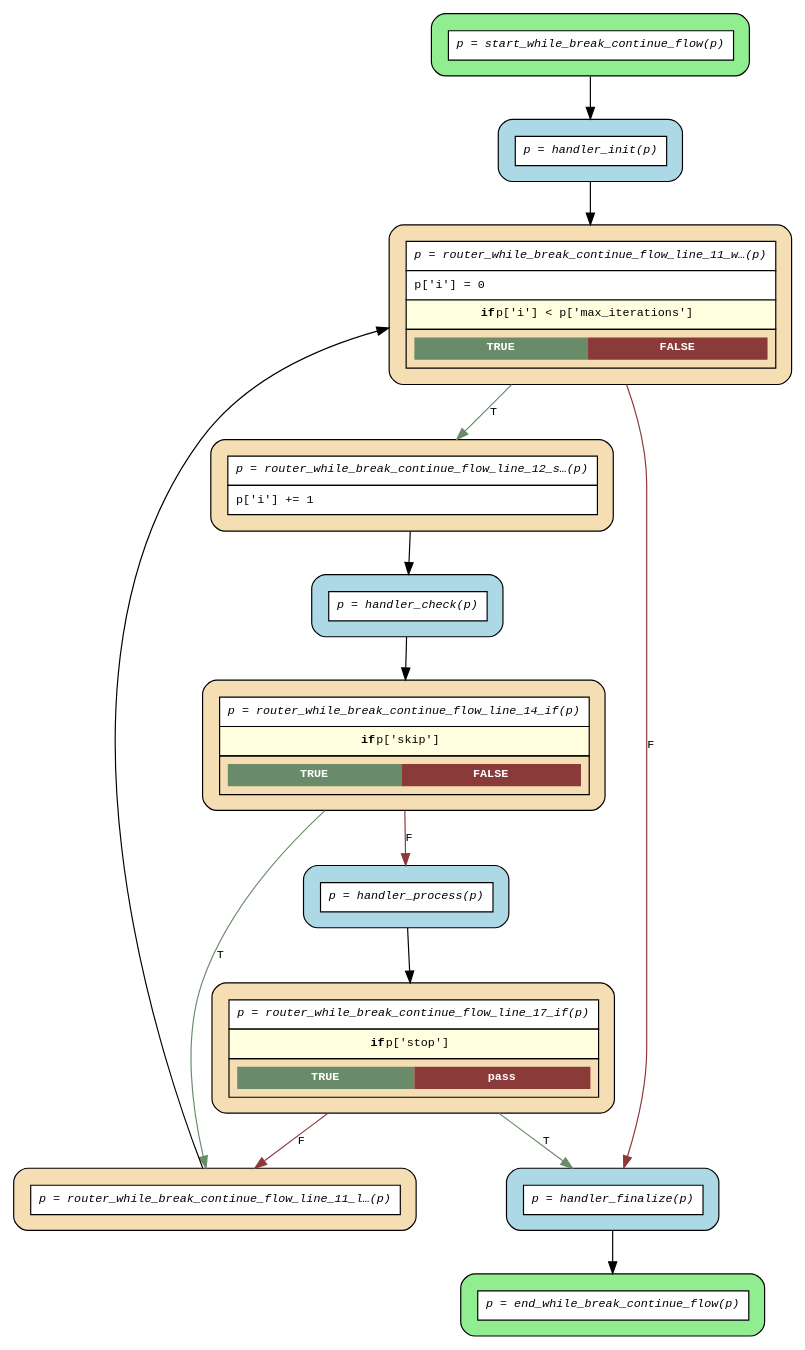
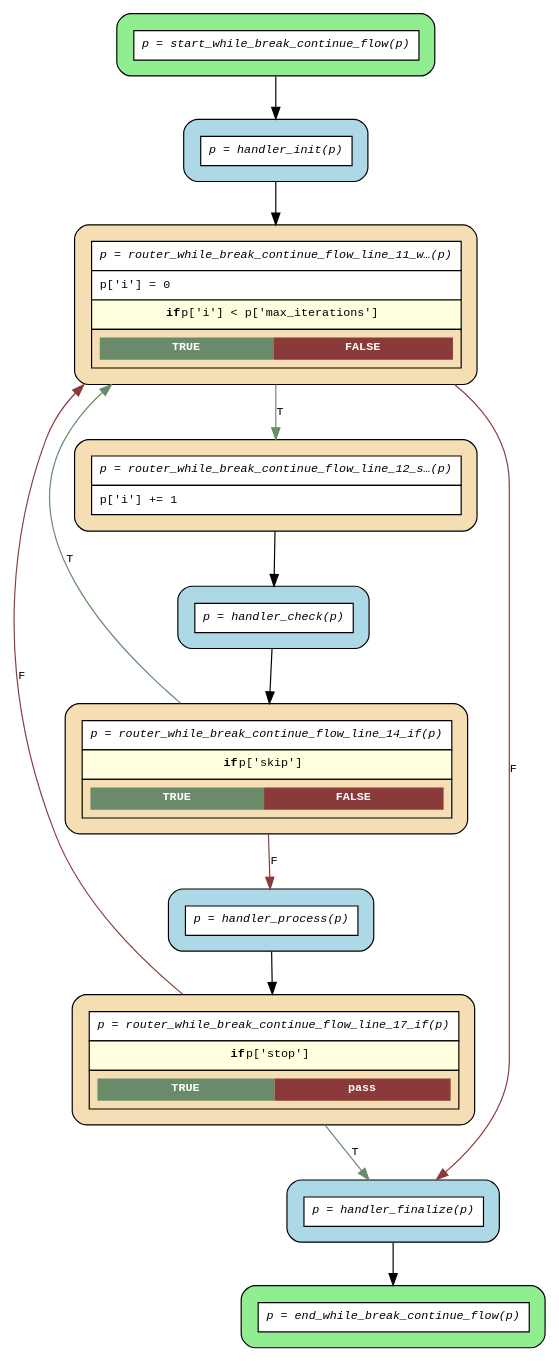
One commit to deliveryhero/asya changed the diagram in examples/flows/compiled/while_break_continue/flow.dot. Above: the diagram before and after it, drawn with Graphviz. The commit also changed 40 other files, not shown here.

First line of the commit message:
fix(grouper): eliminate no-op loop_back routers for conditional while loops

```diff
--- a/examples/flows/compiled/while_break_continue/flow.dot
+++ b/examples/flows/compiled/while_break_continue/flow.dot
@@ -1,32 +1,30 @@
 digraph flow {
   rankdir=TB;
   graph [fontname="Courier", fontsize=10];
   node [fontname="Courier", fontsize=10, shape=box, style="filled,rounded", margin="0.2"];
   edge [fontname="Courier", fontsize=10];
 
   start_while_break_continue_flow [fillcolor="lightgreen", label=<<table border="0" cellspacing="0" cellpadding="6" cellborder="1"><tr><td bgcolor="white" align="center"><i>p = start_while_break_continue_flow(p)</i></td></tr></table>>];
   router_while_break_continue_flow_line_17_if [fillcolor="wheat", label=<<table border="0" cellspacing="0" cellpadding="6" cellborder="1"><tr><td bgcolor="white" align="center"><i>p = router_while_break_continue_flow_line_17_if(p)</i></td></tr><tr><td bgcolor="lightyellow"><b>if</b> p['stop']</td></tr><tr><td><table border="0" cellspacing="0" cellpadding="4"><tr><td bgcolor="darkseagreen4"><font color="white"><b>TRUE</b></font></td><td bgcolor="indianred4"><font color="white"><b>pass</b></font></td></tr></table></td></tr></table>>];
   router_while_break_continue_flow_line_14_if [fillcolor="wheat", label=<<table border="0" cellspacing="0" cellpadding="6" cellborder="1"><tr><td bgcolor="white" align="center"><i>p = router_while_break_continue_flow_line_14_if(p)</i></td></tr><tr><td bgcolor="lightyellow"><b>if</b> p['skip']</td></tr><tr><td><table border="0" cellspacing="0" cellpadding="4"><tr><td bgcolor="darkseagreen4"><font color="white"><b>TRUE</b></font></td><td bgcolor="indianred4"><font color="white"><b>FALSE</b></font></td></tr></table></td></tr></table>>];
   router_while_break_continue_flow_line_12_seq [fillcolor="wheat", label=<<table border="0" cellspacing="0" cellpadding="6" cellborder="1"><tr><td bgcolor="white" align="center"><i>p = router_while_break_continue_flow_line_12_s…(p)</i></td></tr><tr><td bgcolor="white" align="left">p['i'] += 1</td></tr></table>>];
-  router_while_break_continue_flow_line_11_loop_back_0 [fillcolor="wheat", label=<<table border="0" cellspacing="0" cellpadding="6" cellborder="1"><tr><td bgcolor="white" align="center"><i>p = router_while_break_continue_flow_line_11_l…(p)</i></td></tr></table>>];
   router_while_break_continue_flow_line_11_while_0 [fillcolor="wheat", label=<<table border="0" cellspacing="0" cellpadding="6" cellborder="1"><tr><td bgcolor="white" align="center"><i>p = router_while_break_continue_flow_line_11_w…(p)</i></td></tr><tr><td bgcolor="white" align="left">p['i'] = 0</td></tr><tr><td bgcolor="lightyellow"><b>if</b> p['i'] &lt; p['max_iterations']</td></tr><tr><td><table border="0" cellspacing="0" cellpadding="4"><tr><td bgcolor="darkseagreen4"><font color="white"><b>TRUE</b></font></td><td bgcolor="indianred4"><font color="white"><b>FALSE</b></font></td></tr></table></td></tr></table>>];
   end_while_break_continue_flow [fillcolor="lightgreen", label=<<table border="0" cellspacing="0" cellpadding="6" cellborder="1"><tr><td bgcolor="white" align="center"><i>p = end_while_break_continue_flow(p)</i></td></tr></table>>];
   handler_check [fillcolor="lightblue", label=<<table border="0" cellspacing="0" cellpadding="6" cellborder="1"><tr><td bgcolor="white" align="center"><i>p = handler_check(p)</i></td></tr></table>>];
   handler_finalize [fillcolor="lightblue", label=<<table border="0" cellspacing="0" cellpadding="6" cellborder="1"><tr><td bgcolor="white" align="center"><i>p = handler_finalize(p)</i></td></tr></table>>];
   handler_init [fillcolor="lightblue", label=<<table border="0" cellspacing="0" cellpadding="6" cellborder="1"><tr><td bgcolor="white" align="center"><i>p = handler_init(p)</i></td></tr></table>>];
   handler_process [fillcolor="lightblue", label=<<table border="0" cellspacing="0" cellpadding="6" cellborder="1"><tr><td bgcolor="white" align="center"><i>p = handler_process(p)</i></td></tr></table>>];
 
   handler_check -> router_while_break_continue_flow_line_14_if;
   handler_finalize -> end_while_break_continue_flow;
   handler_init -> router_while_break_continue_flow_line_11_while_0;
   handler_process -> router_while_break_continue_flow_line_17_if;
-  router_while_break_continue_flow_line_11_loop_back_0 -> router_while_break_continue_flow_line_11_while_0 [constraint=false];
   router_while_break_continue_flow_line_11_while_0 -> handler_finalize [label="F", color=indianred4];
   router_while_break_continue_flow_line_11_while_0 -> router_while_break_continue_flow_line_12_seq [label="T", color=darkseagreen4];
   router_while_break_continue_flow_line_12_seq -> handler_check;
   router_while_break_continue_flow_line_14_if -> handler_process [label="F", color=indianred4];
-  router_while_break_continue_flow_line_14_if -> router_while_break_continue_flow_line_11_loop_back_0 [label="T", color=darkseagreen4];
+  router_while_break_continue_flow_line_14_if -> router_while_break_continue_flow_line_11_while_0 [label="T", color=darkseagreen4];
   router_while_break_continue_flow_line_17_if -> handler_finalize [label="T", color=darkseagreen4];
-  router_while_break_continue_flow_line_17_if -> router_while_break_continue_flow_line_11_loop_back_0 [label="F", color=indianred4];
+  router_while_break_continue_flow_line_17_if -> router_while_break_continue_flow_line_11_while_0 [label="F", color=indianred4, constraint=false];
   start_while_break_continue_flow -> handler_init;
 }
```
